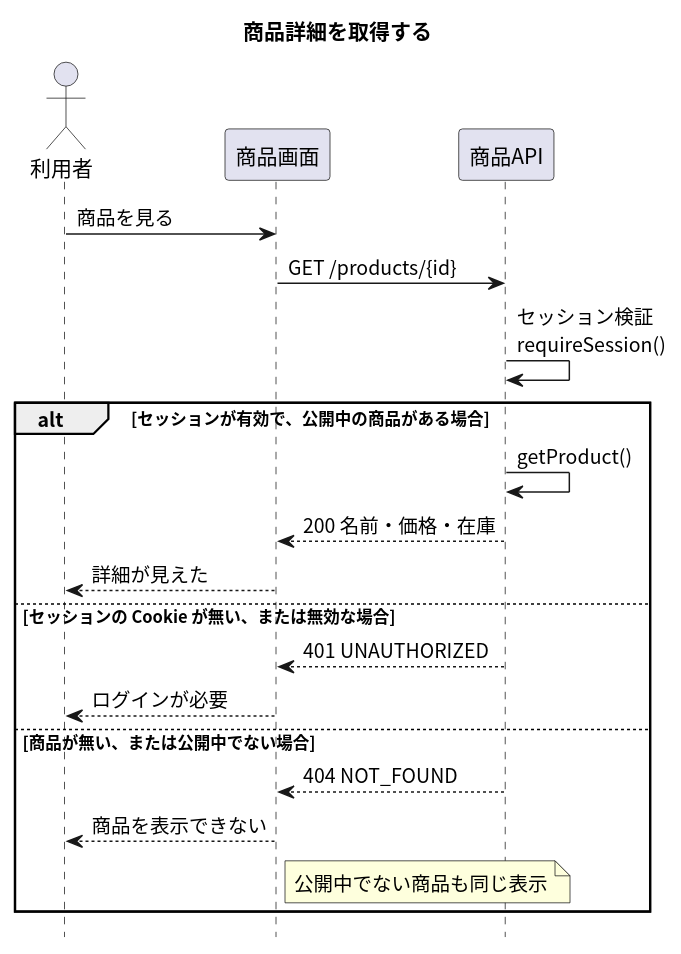
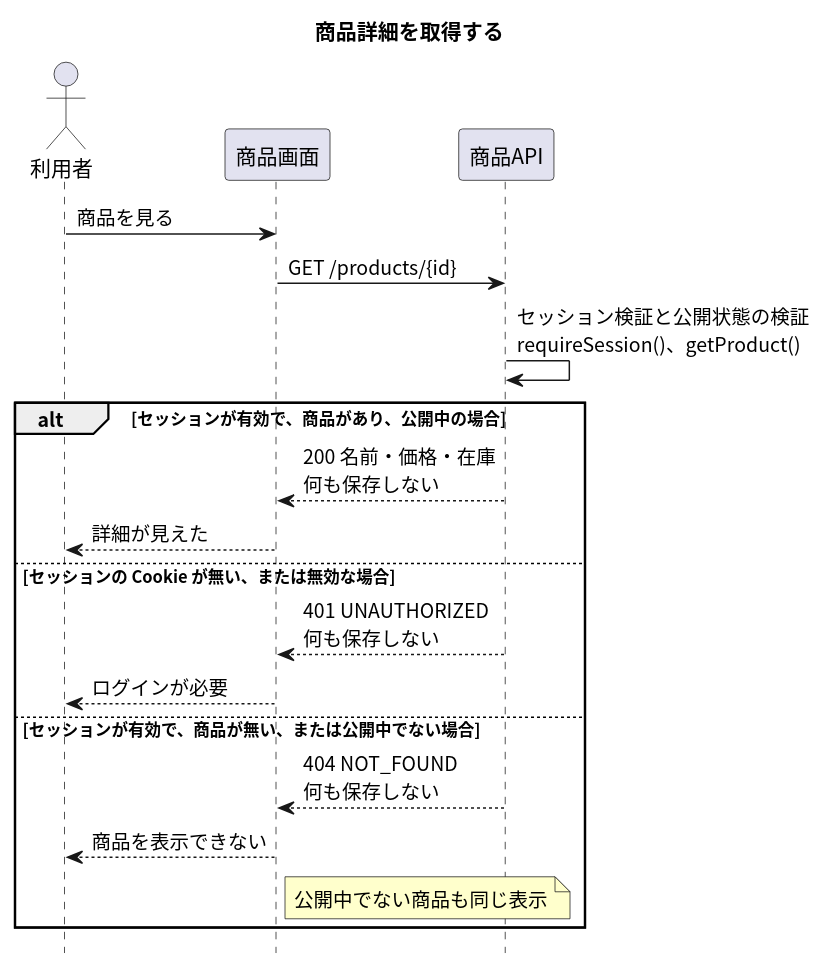
The diagram in apis/get-product/入口.puml (masamasamasato/design-doc-template), drawn with PlantUML before and after one commit. The commit also changed 101 other files, not shown here.

```diff
--- a/apis/get-product/入口.puml
+++ b/apis/get-product/入口.puml
@@ -1,28 +1,28 @@
 @startuml
 skinparam shadowing false
 skinparam defaultFontName "Noto Sans CJK JP"
 skinparam SequenceFontName "Noto Sans CJK JP"
+skinparam NoteBackgroundColor #FFFFCC
 hide footbox
 
 title 商品詳細を取得する
 
 actor "利用者" as User
 participant "商品画面" as Screen
 participant "商品API" as API
 
 User -> Screen : 商品を見る
 Screen -> API : GET /products/{id}
-API -> API : セッション検証\nrequireSession()
-alt セッションが有効で、公開中の商品がある場合
-  API -> API : getProduct()
-  API --> Screen : 200 名前・価格・在庫
+API -> API : セッション検証と公開状態の検証\nrequireSession()、getProduct()
+alt セッションが有効で、商品があり、公開中の場合
+  API --> Screen : 200 名前・価格・在庫\n何も保存しない
   Screen --> User : 詳細が見えた
 else セッションの Cookie が無い、または無効な場合
-  API --> Screen : 401 UNAUTHORIZED
+  API --> Screen : 401 UNAUTHORIZED\n何も保存しない
   Screen --> User : ログインが必要
-else 商品が無い、または公開中でない場合
-  API --> Screen : 404 NOT_FOUND
+else セッションが有効で、商品が無い、または公開中でない場合
+  API --> Screen : 404 NOT_FOUND\n何も保存しない
   Screen --> User : 商品を表示できない
   note right of Screen : 公開中でない商品も同じ表示
 end
 @enduml
```
